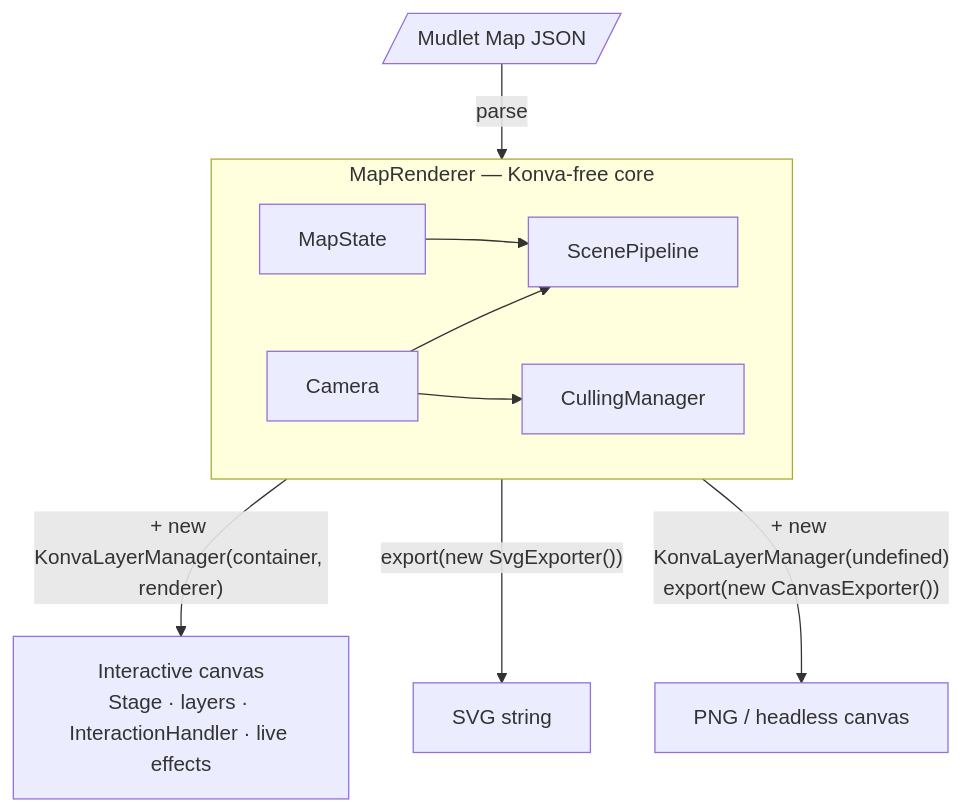
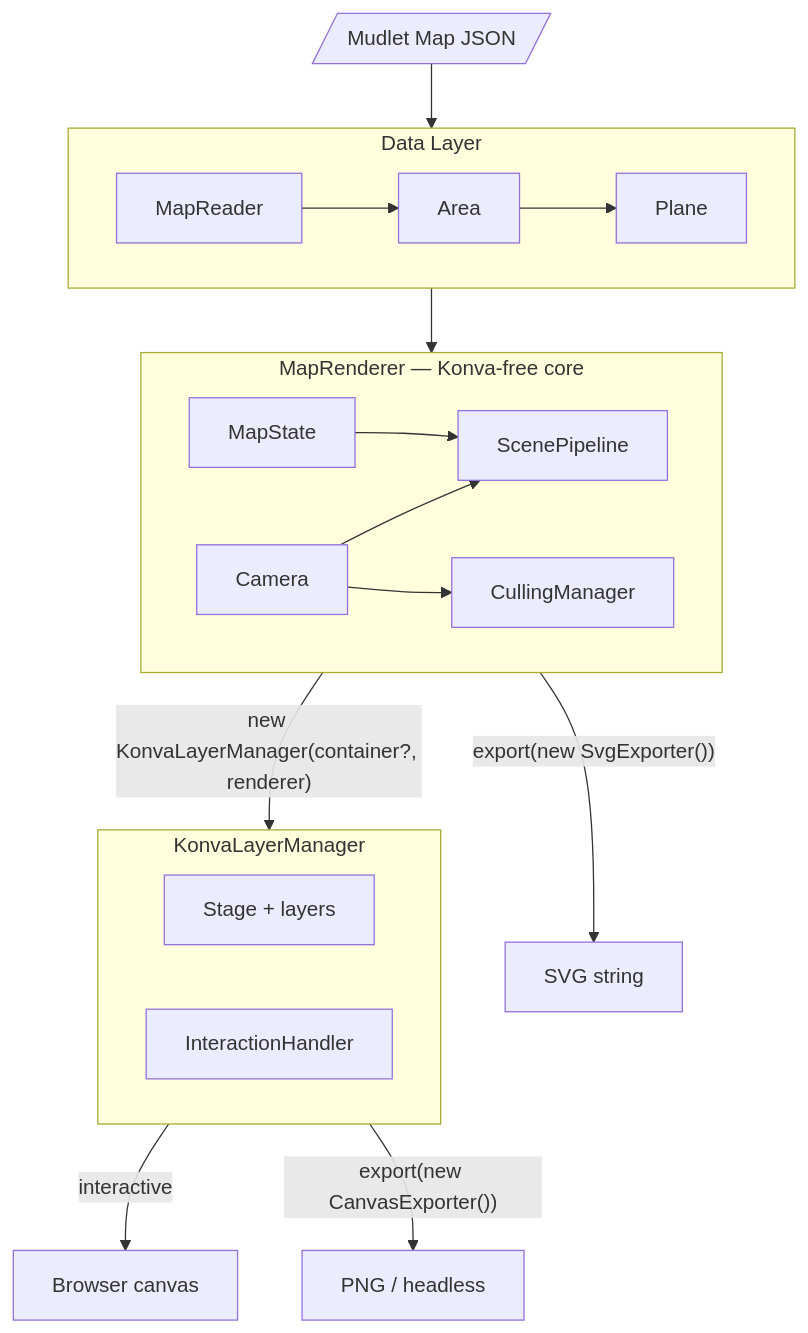
Before and after one commit to Delwing/mudlet-map-renderer: the first of 12 diagrams in docs/architecture.md, drawn with Mermaid.

Commit message:
System overview: restore Data Layer box, KonvaLayerManager as own box branching to interactive and PNG

````diff
--- a/docs/architecture.md
+++ b/docs/architecture.md
@@ -9,17 +9,28 @@
 ```mermaid
 flowchart TD
     JSON[/"Mudlet Map JSON"/]
 
-    subgraph MR["MapRenderer — Konva-free core"]
+    subgraph Data["Data Layer"]
+        MR[MapReader] --> Area[Area] --> Plane[Plane]
+    end
+
+    subgraph Core["MapRenderer — Konva-free core"]
         direction LR
         MS[MapState] --> SP[ScenePipeline]
         CAM[Camera] --> CM[CullingManager]
         CAM --> SP
     end
 
-    JSON -->|parse| MR
+    subgraph KLM["KonvaLayerManager"]
+        Stage["Stage + layers"]
+        IH[InteractionHandler]
+    end
 
-    MR -->|"+ new KonvaLayerManager(container, renderer)"| INTER["Interactive canvas\nStage · layers · InteractionHandler · live effects"]
-    MR -->|"export(new SvgExporter())"| SVG["SVG string"]
-    MR -->|"+ new KonvaLayerManager(undefined)\nexport(new CanvasExporter())"| PNG["PNG / headless canvas"]
+    JSON --> Data
+    Data --> Core
+    Core -->|"new KonvaLayerManager(container?, renderer)"| KLM
+    Core -->|"export(new SvgExporter())"| SVG["SVG string"]
+
+    KLM -->|"interactive"| Browser["Browser canvas"]
+    KLM -->|"export(new CanvasExporter())"| PNG["PNG / headless"]
 ```
````
